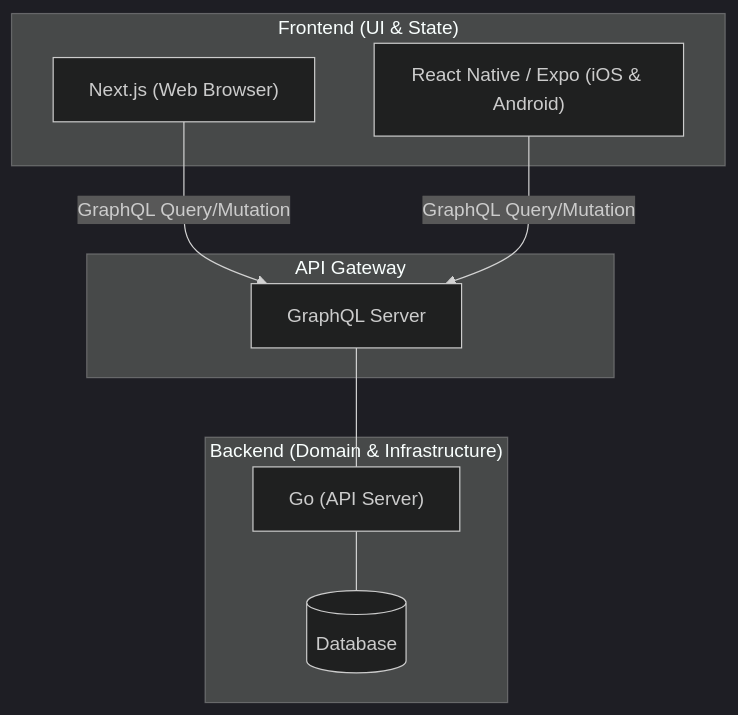
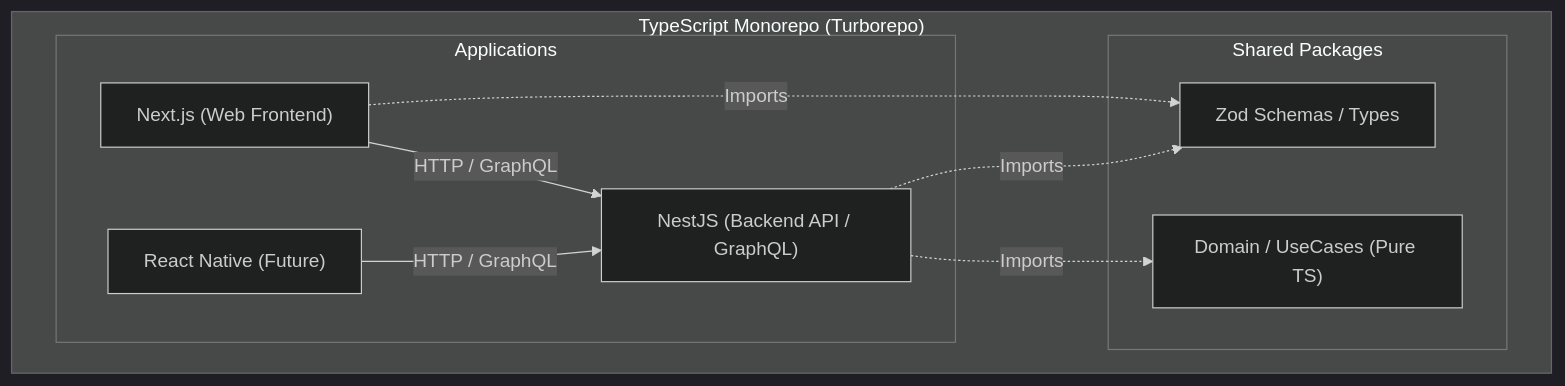
Before and after one commit to aracxk/ai-note-market: the diagram in docs/01-architecture/08-multi-client-and-backend-separation.md, drawn with Mermaid (dark theme). The commit also changed other lines of this file and 1 other file, not shown here.

Commit message:
docs: Phase 7のアプローチをNestJSモノレポ構成（TS資産の完全流用）に変更。Goは別プロジェクトへ

````diff
--- a/docs/01-architecture/08-multi-client-and-backend-separation.md
+++ b/docs/01-architecture/08-multi-client-and-backend-separation.md
@@ -25,21 +28,21 @@
 ```mermaid
 flowchart TD
-    subgraph Clients["Frontend (UI & State)"]
-        Web["Next.js (Web Browser)"]
-        Mobile["React Native / Expo (iOS & Android)"]
+    subgraph Monorepo["TypeScript Monorepo (Turborepo)"]
+        subgraph Packages["Shared Packages"]
+            Domain["Domain / UseCases (Pure TS)"]
+            Schemas["Zod Schemas / Types"]
+        end
+
+        subgraph Apps["Applications"]
+            Web["Next.js (Web Frontend)"]
+            Mobile["React Native (Future)"]
+            API["NestJS (Backend API / GraphQL)"]
+        end
+
+        Web -->|HTTP / GraphQL| API
+        Mobile -->|HTTP / GraphQL| API
+        API -.->|Imports| Domain
+        API -.->|Imports| Schemas
+        Web -.->|Imports| Schemas
     end
-
-    subgraph API_Layer["API Gateway"]
-        GraphQL["GraphQL Server"]
-    end
-
-    subgraph Backend["Backend (Domain & Infrastructure)"]
-        GoServer["Go (API Server)"]
-        DB[(Database)]
-    end
-
-    Web -->|GraphQL Query/Mutation| GraphQL
-    Mobile -->|GraphQL Query/Mutation| GraphQL
-    GraphQL --- GoServer
-    GoServer --- DB
 ```
````
